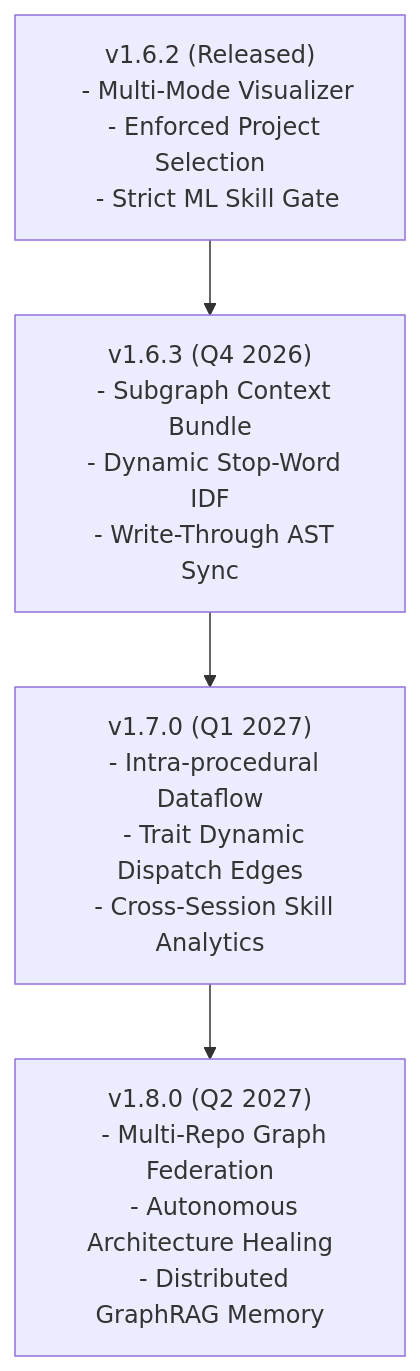
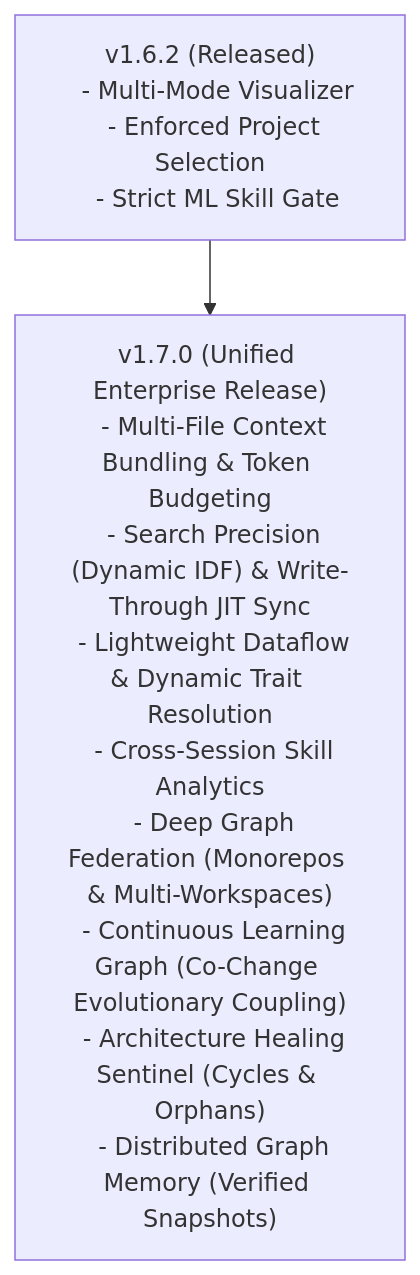
One commit to JunMystery/Agent-Guidance-Rust changed the diagram in ROADMAP.md. Above: the diagram before and after it, drawn with Mermaid. The commit also changed other lines of this file and 81 other files, not shown here.

Commit message:
feat(v1.7.0): unified enterprise release with context bundling, federation, healing, and co-change coupling

````diff
--- a/ROADMAP.md
+++ b/ROADMAP.md
@@ -57,20 +57,15 @@
 ```mermaid
 graph TD
   v162["v1.6.2 (Released)
   - Multi-Mode Visualizer
   - Enforced Project Selection
-  - Strict ML Skill Gate"] --> v163["v1.6.3 (Q4 2026)
-  - Subgraph Context Bundle
-  - Dynamic Stop-Word IDF
-  - Write-Through AST Sync"]
-
-  v163 --> v170["v1.7.0 (Q1 2027)
-  - Intra-procedural Dataflow
-  - Trait Dynamic Dispatch Edges
-  - Cross-Session Skill Analytics"]
-
-  v170 --> v180["v1.8.0 (Q2 2027)
-  - Multi-Repo Graph Federation
-  - Autonomous Architecture Healing
-  - Distributed GraphRAG Memory"]
+  - Strict ML Skill Gate"] --> v170["v1.7.0 (Unified Enterprise Release)
+  - Multi-File Context Bundling & Token Budgeting
+  - Search Precision (Dynamic IDF) & Write-Through JIT Sync
+  - Lightweight Dataflow & Dynamic Trait Resolution
+  - Cross-Session Skill Analytics
+  - Deep Graph Federation (Monorepos & Multi-Workspaces)
+  - Continuous Learning Graph (Co-Change Evolutionary Coupling)
+  - Architecture Healing Sentinel (Cycles & Orphans)
+  - Distributed Graph Memory (Verified Snapshots)"]
 ```
````
